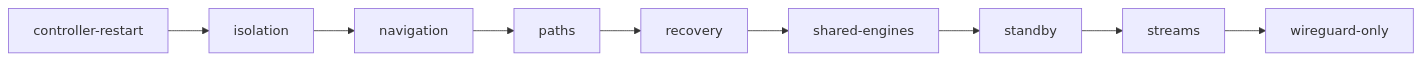
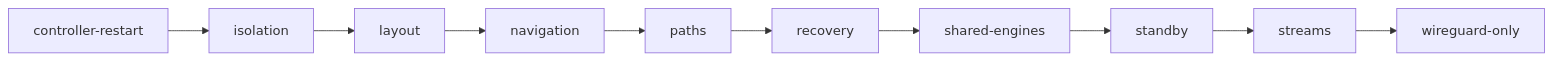
The sixth of 15 diagrams in e2e/README.md (sergimn/AceSwarm), drawn with Mermaid before and after one commit. The commit also changed other lines of this file and 41 other files, not shown here.

````diff
--- a/e2e/README.md
+++ b/e2e/README.md
@@ -184,4 +186,4 @@
 ```mermaid
 flowchart LR
-  CR[controller-restart] --> I[isolation] --> N[navigation] --> P[paths] --> R[recovery] --> SE[shared-engines] --> SB[standby] --> S[streams] --> W[wireguard-only]
+  CR[controller-restart] --> I[isolation] --> L[layout] --> N[navigation] --> P[paths] --> R[recovery] --> SE[shared-engines] --> SB[standby] --> S[streams] --> W[wireguard-only]
 ```
````
